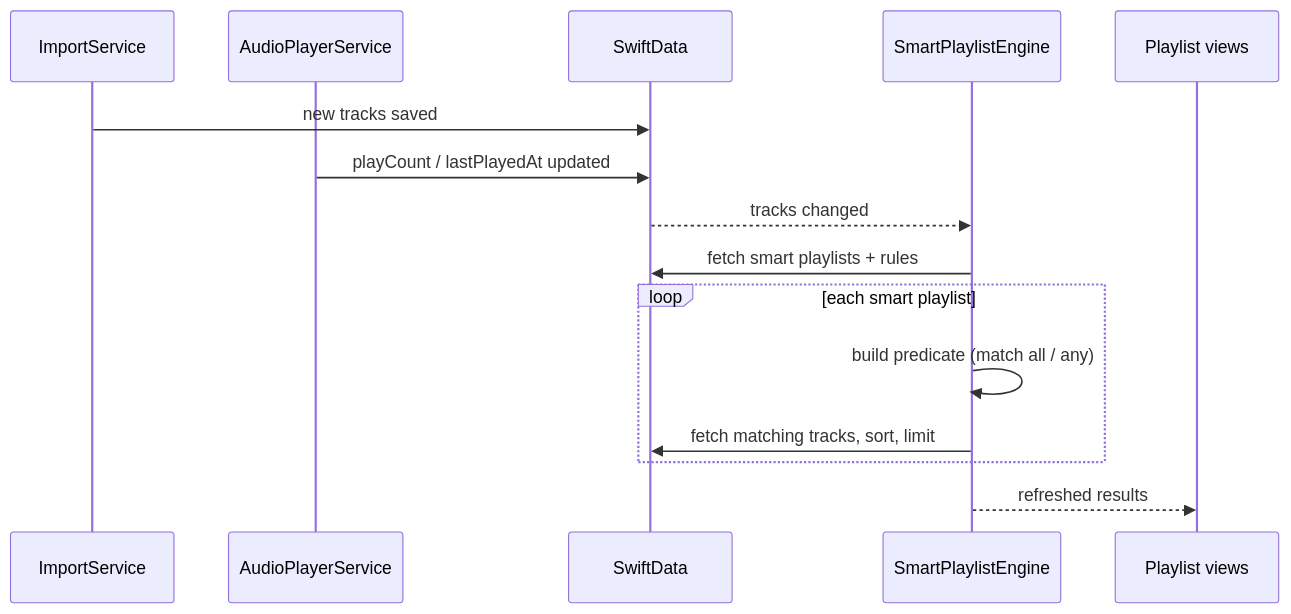
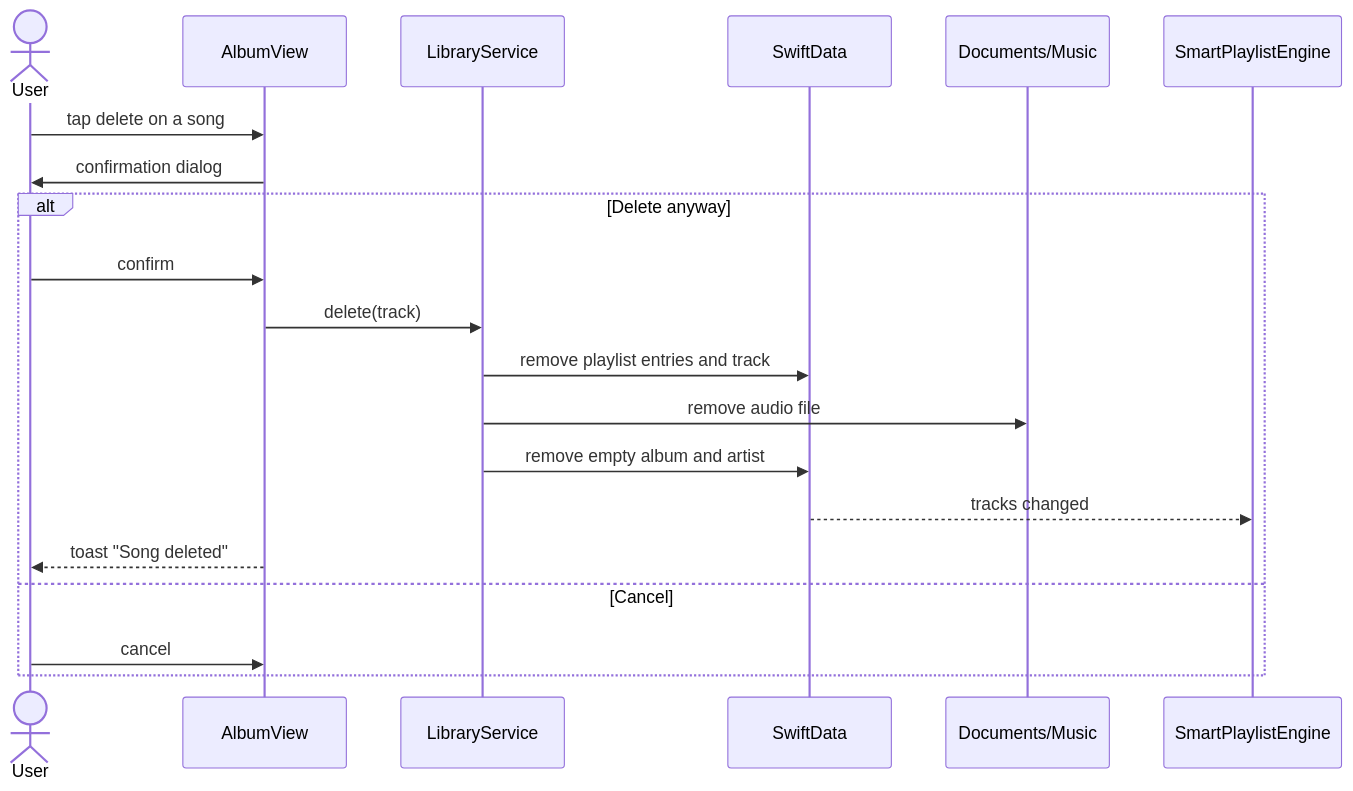
The fourth of 6 diagrams in docs/ARCHITECTURE.md (sabrinasalomon/CoryMusic), drawn with Mermaid before and after one commit. The commit also changed other lines of this file and 20 other files, not shown here.

````diff
--- a/docs/ARCHITECTURE.md
+++ b/docs/ARCHITECTURE.md
@@ -147,18 +161,23 @@
 ```mermaid
 sequenceDiagram
-    participant IS as ImportService
-    participant AP as AudioPlayerService
+    actor U as User
+    participant V as AlbumView
+    participant LS as LibraryService
     participant DB as SwiftData
+    participant FS as Documents/Music
     participant SE as SmartPlaylistEngine
-    participant V as Playlist views
 
-    IS->>DB: new tracks saved
-    AP->>DB: playCount / lastPlayedAt updated
-    DB-->>SE: tracks changed
-    SE->>DB: fetch smart playlists + rules
-    loop each smart playlist
-        SE->>SE: build predicate (match all / any)
-        SE->>DB: fetch matching tracks, sort, limit
+    U->>V: tap delete on a song
+    V->>U: confirmation dialog
+    alt Delete anyway
+        U->>V: confirm
+        V->>LS: delete(track)
+        LS->>DB: remove playlist entries and track
+        LS->>FS: remove audio file
+        LS->>DB: remove empty album and artist
+        DB-->>SE: tracks changed
+        V-->>U: toast "Song deleted"
+    else Cancel
+        U->>V: cancel
     end
-    SE-->>V: refreshed results
 ```
````
